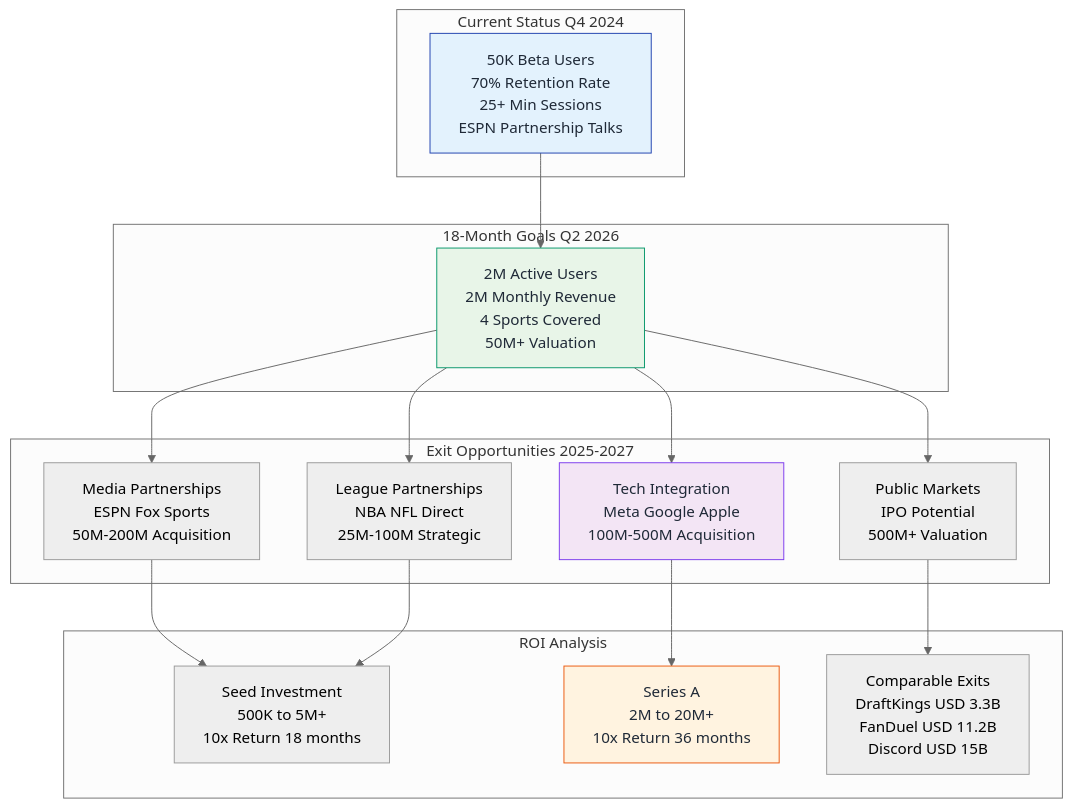
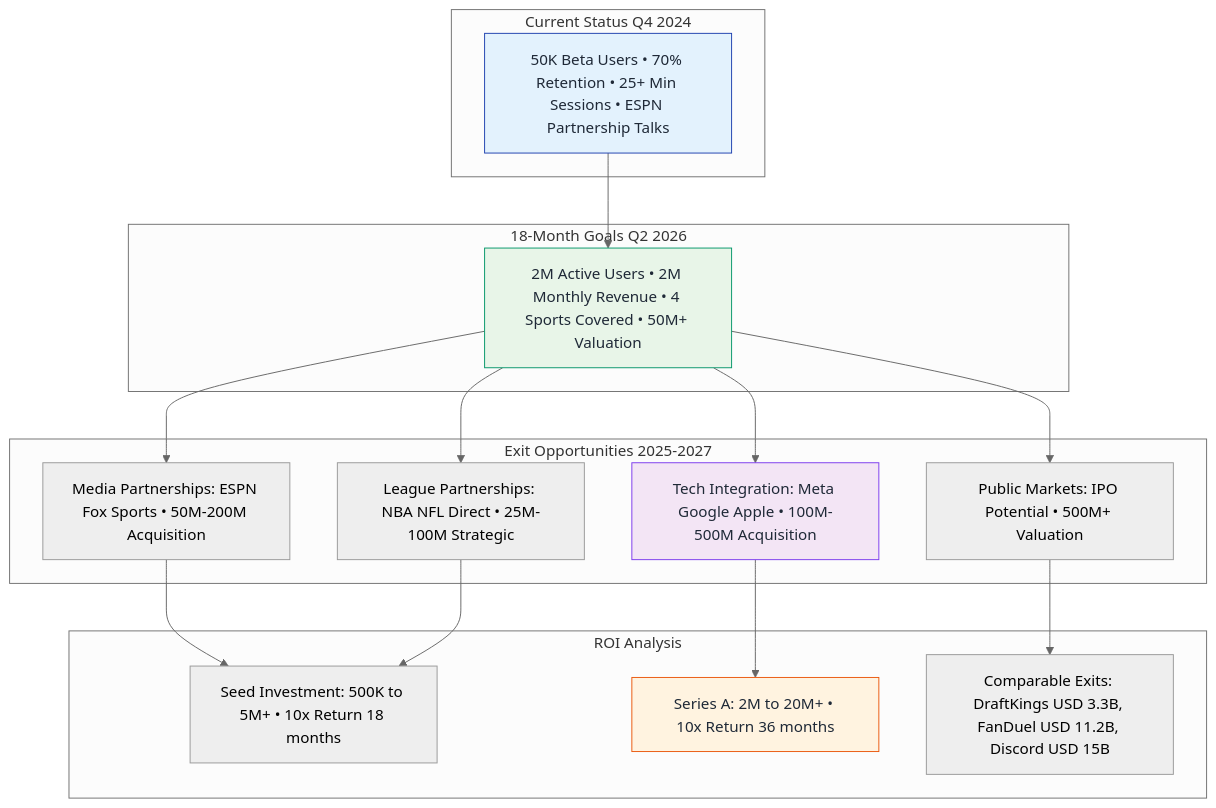
One commit to SkaFld-Ignite/ref-u-wireframes changed the eighth of 9 diagrams in docs/investor-flows.md. Above: the diagram before and after it, drawn with Mermaid (neutral theme). The commit also changed other lines of this file and 6 other files, not shown here.

````diff
--- a/docs/investor-flows.md
+++ b/docs/investor-flows.md
@@ -337,39 +337,38 @@
 ```mermaid
 graph TB
     subgraph "Current Status Q4 2024"
-        A1[50K Beta Users<br/>70% Retention Rate<br/>25+ Min Sessions<br/>ESPN Partnership Talks]
+        A1[50K Beta Users • 70% Retention • 25+ Min Sessions • ESPN Partnership Talks]
     end
     
     subgraph "18-Month Goals Q2 2026"
-        B1[2M Active Users<br/>2M Monthly Revenue<br/>4 Sports Covered<br/>50M+ Valuation]
+        B1[2M Active Users • 2M Monthly Revenue • 4 Sports Covered • 50M+ Valuation]
     end
     
     subgraph "Exit Opportunities 2025-2027"
-        C1[Media Partnerships<br/>ESPN Fox Sports<br/>50M-200M Acquisition]
-        C2[Tech Integration<br/>Meta Google Apple<br/>100M-500M Acquisition]
-        C3[League Partnerships<br/>NBA NFL Direct<br/>25M-100M Strategic]
-        C4[Public Markets<br/>IPO Potential<br/>500M+ Valuation]
+        C1[Media Partnerships: ESPN Fox Sports • 50M-200M Acquisition]
+        C2[Tech Integration: Meta Google Apple • 100M-500M Acquisition]
+        C3[League Partnerships: NBA NFL Direct • 25M-100M Strategic]
+        C4[Public Markets: IPO Potential • 500M+ Valuation]
     end
     
     subgraph "ROI Analysis"
-        D1[Seed Investment<br/>500K to 5M+<br/>10x Return 18 months]
-        D2[Series A<br/>2M to 20M+<br/>10x Return 36 months]
-        D3[Comparable Exits<br/>DraftKings USD 3.3B<br/>FanDuel USD 11.2B<br/>Discord USD 15B]
+        D1[Seed Investment: 500K to 5M+ • 10x Return 18 months]
+        D2[Series A: 2M to 20M+ • 10x Return 36 months]
+        D3[Comparable Exits: DraftKings USD 3.3B, FanDuel USD 11.2B, Discord USD 15B]
     end
     
     A1 --> B1
     B1 --> C1
     B1 --> C2
     B1 --> C3
     B1 --> C4
-    
     C1 --> D1
     C2 --> D2
     C3 --> D1
     C4 --> D3
     
     style A1 fill:#e3f2fd,stroke:#1e40af,color:#1f2937
     style B1 fill:#e8f5e8,stroke:#059669,color:#1f2937
     style C2 fill:#f3e5f5,stroke:#7c3aed,color:#1f2937
     style D2 fill:#fff3e0,stroke:#ea580c,color:#1f2937
 ```
````
